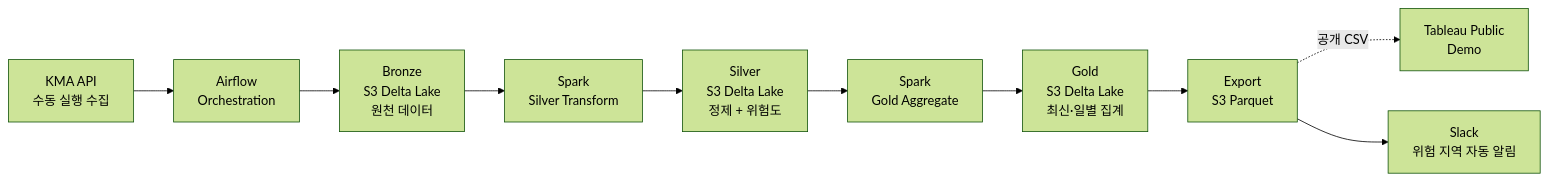
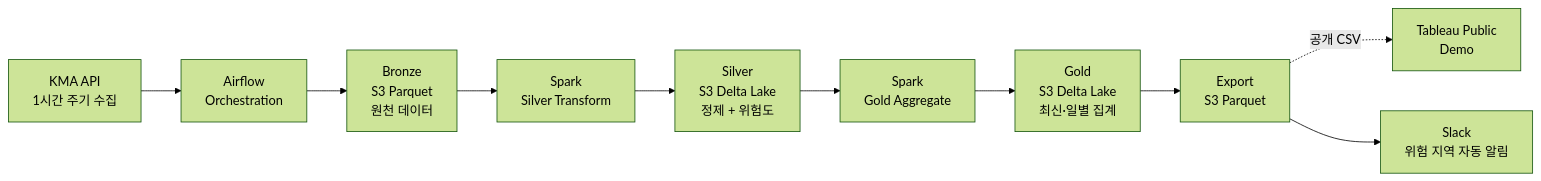
The diagram in README.md (HongJunseong/weather-risk-assessment), drawn with Mermaid (forest theme) before and after one commit. The commit also changed other lines of this file and 5 other files, not shown here.

````diff
--- a/README.md
+++ b/README.md
@@ -77,12 +77,12 @@
 ```mermaid
 flowchart LR
-  A["KMA API<br>수동 실행 수집"] --> B["Airflow<br>Orchestration"]
-  B --> C["Bronze<br>S3 Delta Lake<br>원천 데이터"]
+  A["KMA API<br>1시간 주기 수집"] --> B["Airflow<br>Orchestration"]
+  B --> C["Bronze<br>S3 Parquet<br>원천 데이터"]
   C --> D["Spark<br>Silver Transform"]
   D --> E["Silver<br>S3 Delta Lake<br>정제 + 위험도"]
   E --> F["Spark<br>Gold Aggregate"]
   F --> G["Gold<br>S3 Delta Lake<br>최신·일별 집계"]
   G --> H["Export<br>S3 Parquet"]
   H -.->|공개 CSV| V["Tableau Public<br>Demo"]
   H --> S["Slack<br>위험 지역 자동 알림"]
 ```
````
